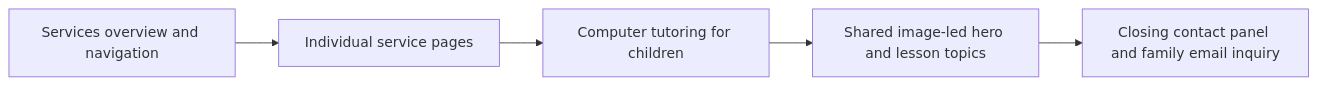
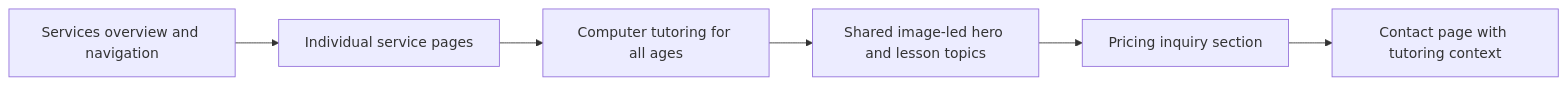
The diagram in src/pages/services/_readme.md (anoblet/astronautical-apogee), drawn with Mermaid before and after one commit. The commit also changed other lines of this file and 6 other files, not shown here.

Commit message:
fix(services): align computer tutoring with service pages

````diff
--- a/src/pages/services/_readme.md
+++ b/src/pages/services/_readme.md
@@ -7,7 +9,8 @@
 ```mermaid
 flowchart LR
     Services[Services overview and navigation] --> Pages[Individual service pages]
-    Pages --> Tutoring[Computer tutoring for children]
+    Pages --> Tutoring[Computer tutoring for all ages]
     Tutoring --> Hero[Shared image-led hero and lesson topics]
-    Hero --> Inquiry[Closing contact panel and family email inquiry]
+    Hero --> Pricing[Pricing inquiry section]
+    Pricing --> Inquiry[Contact page with tutoring context]
 ```
````
